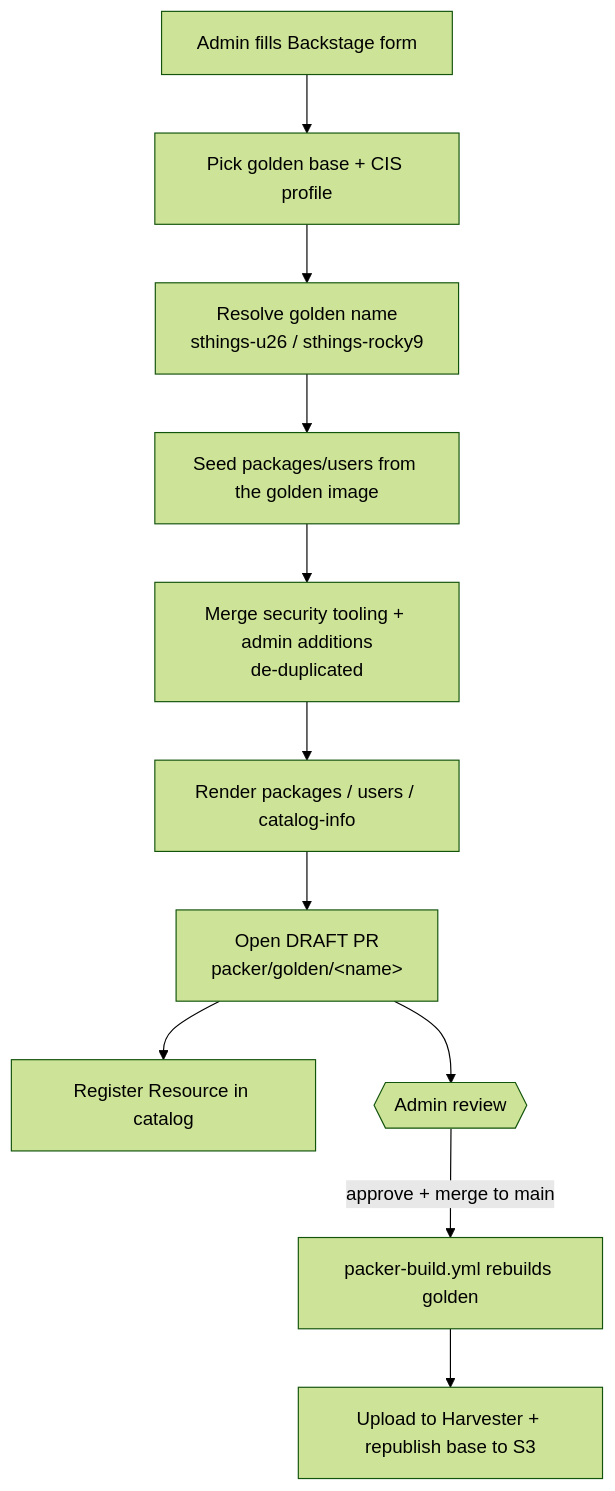
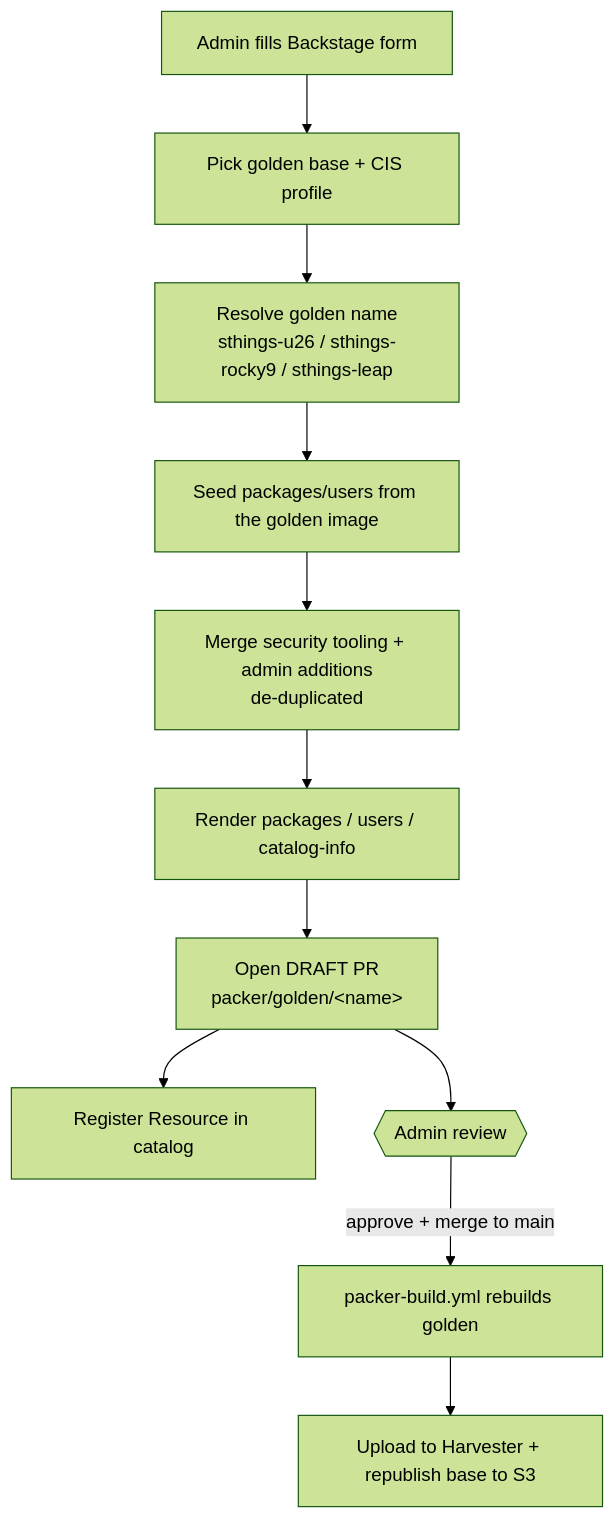
Before and after one commit to stuttgart-things/backstage-resources: the diagram in templates/harvester-packer-adminimage/README.md, drawn with Mermaid (forest theme). The commit also changed other lines of this file and 6 other files, not shown here.

First line of the commit message:
feat(packer-templates): add openSUSE Leap (sthings-leap / leap-dev)

````diff
--- a/templates/harvester-packer-adminimage/README.md
+++ b/templates/harvester-packer-adminimage/README.md
@@ -29,13 +29,13 @@
 ```mermaid
 flowchart TD
     A[Admin fills Backstage form] --> B[Pick golden base + CIS profile]
-    B --> C[Resolve golden name<br/>sthings-u26 / sthings-rocky9]
+    B --> C[Resolve golden name<br/>sthings-u26 / sthings-rocky9 / sthings-leap]
     C --> D[Seed packages/users from the golden image]
     D --> E[Merge security tooling + admin additions<br/>de-duplicated]
     E --> F[Render packages / users / catalog-info]
     F --> G[Open DRAFT PR<br/>packer/golden/&lt;name&gt;]
     G --> H[Register Resource in catalog]
     G --> R{{Admin review}}
     R -->|approve + merge to main| I[packer-build.yml rebuilds golden]
     I --> J[Upload to Harvester + republish base to S3]
 ```
````
